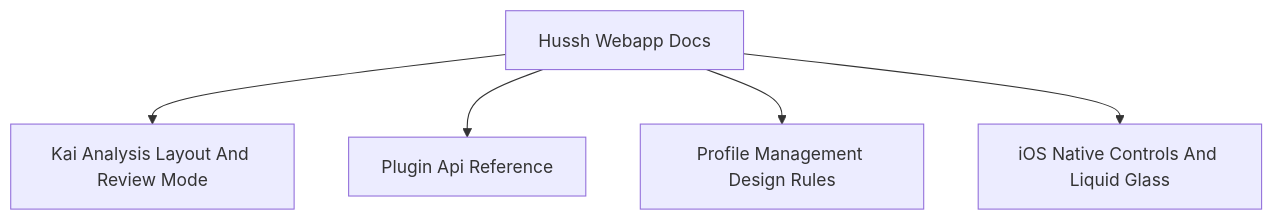
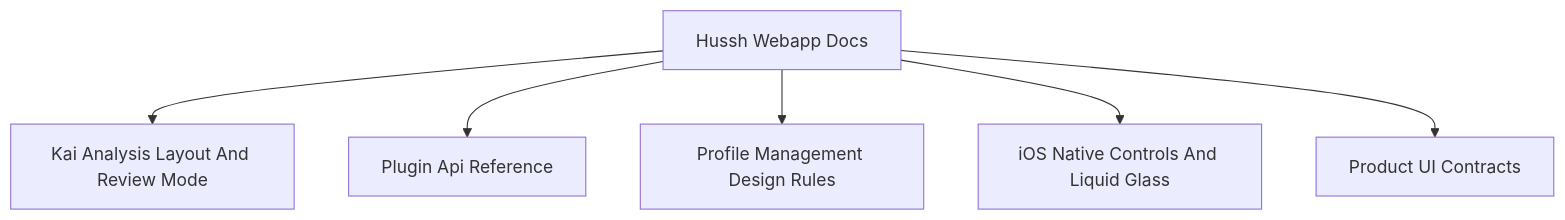
The diagram in hushh-webapp/docs/README.md (hushh-labs/hushh-research), drawn with Mermaid before and after one commit. The commit also changed other lines of this file and 3 other files, not shown here.

Commit message:
docs(connect): add maintained product UI contracts home

````diff
--- a/hushh-webapp/docs/README.md
+++ b/hushh-webapp/docs/README.md
@@ -6,12 +6,14 @@
 ```mermaid
 flowchart TD
   root["Hussh Webapp Docs"]
   n1["Kai Analysis Layout And Review Mode"]
   root --> n1
   n2["Plugin Api Reference"]
   root --> n2
   n3["Profile Management Design Rules"]
   root --> n3
   n4["iOS Native Controls And Liquid Glass"]
   root --> n4
+  contracts["Product UI Contracts"]
+  root --> contracts
 ```
````
